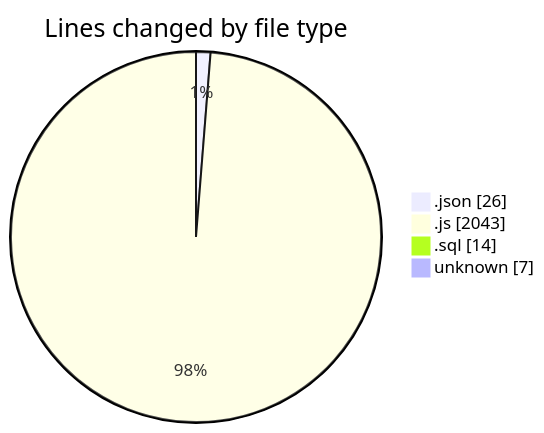
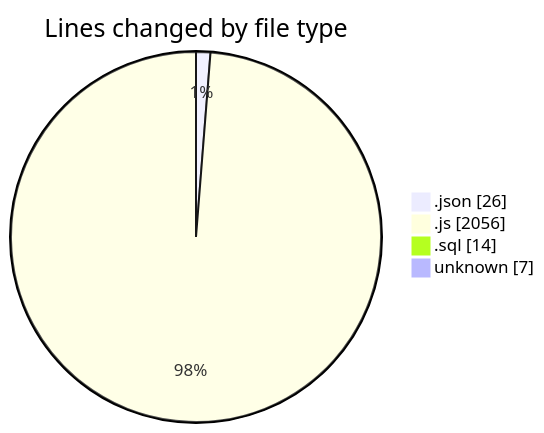
The first of 2 diagrams in 2025-09-10/cashcalc/README.md (nxtqubesakshisongat/code-tracking), drawn with Mermaid before and after one commit. The commit also changed other lines of this file and 1 other file, not shown here.

````diff
--- a/2025-09-10/cashcalc/README.md
+++ b/2025-09-10/cashcalc/README.md
@@ -36,8 +36,8 @@
 ```mermaid
 pie showData
 title Lines changed by file type
 ".json" : 26
-".js" : 2043
+".js" : 2056
 ".sql" : 14
 "unknown" : 7
 ```
````
